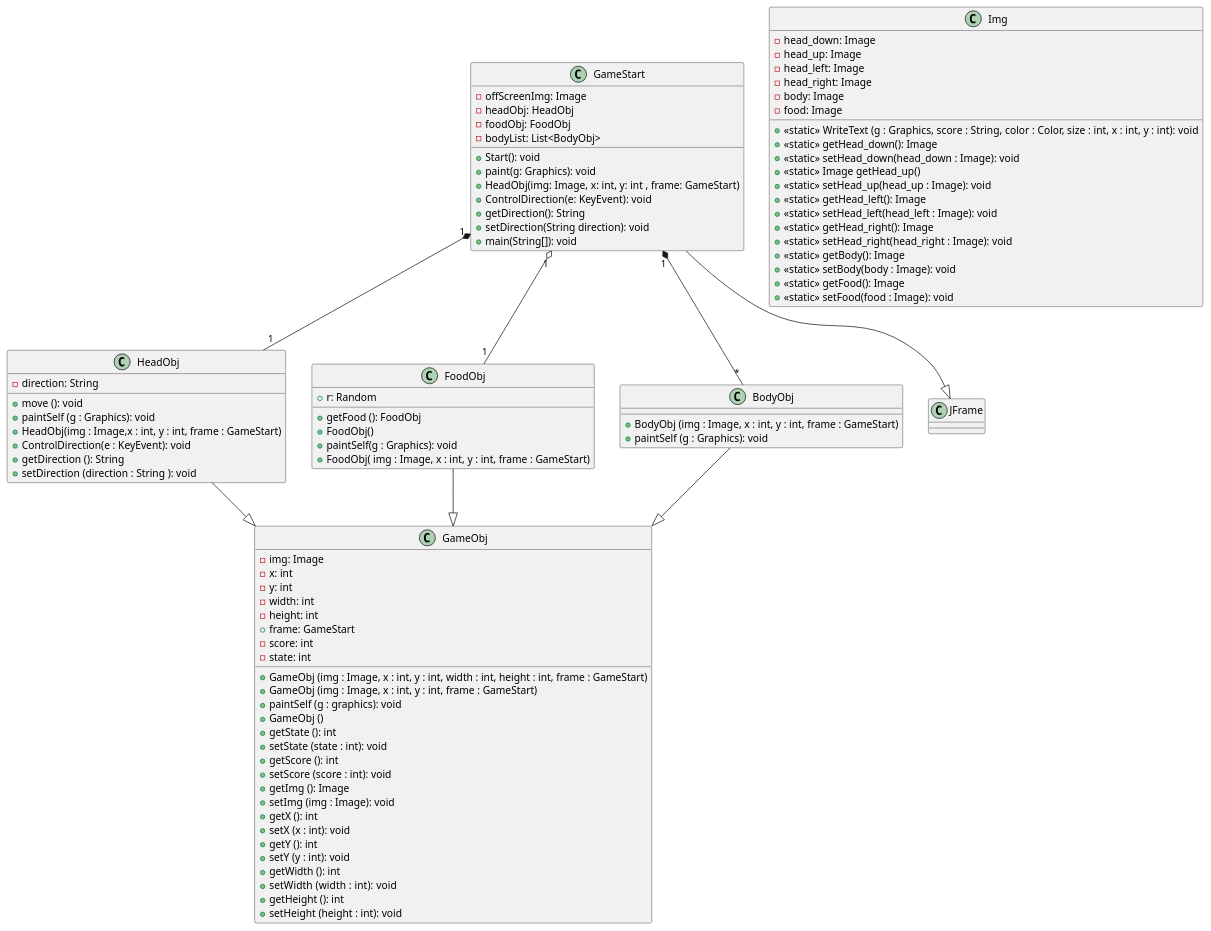
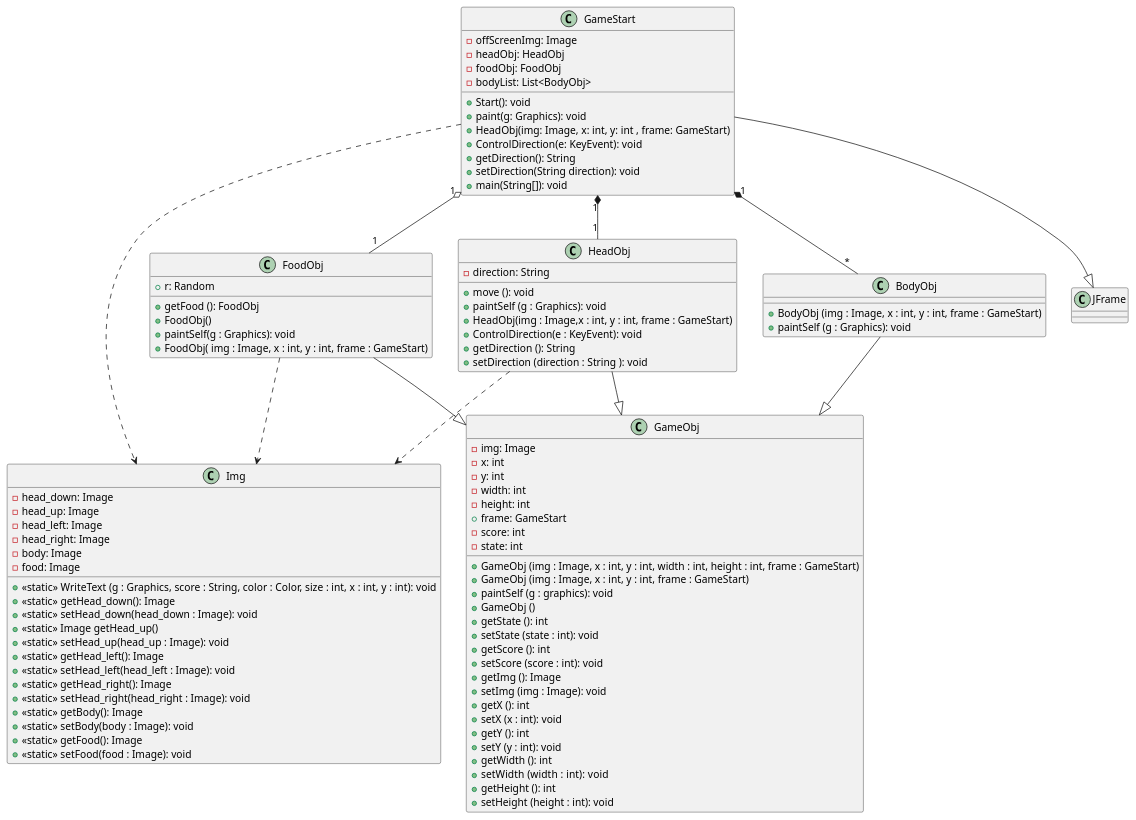
Before and after one commit to ChengDino/LAB23: the diagram in uml.wsd, drawn with PlantUML.

```diff
--- a/uml.wsd
+++ b/uml.wsd
@@ -1,102 +1,107 @@
 @startuml
 
 class GameStart {
     - offScreenImg: Image
     - headObj: HeadObj
     - foodObj: FoodObj
     - bodyList: List<BodyObj>
 
     + Start(): void
     + paint(g: Graphics): void
     + HeadObj(img: Image, x: int, y: int , frame: GameStart)
     + ControlDirection(e: KeyEvent): void
     + getDirection(): String
     + setDirection(String direction): void
     + main(String[]): void
 }
 
 Class HeadObj {
     -direction: String
     +move (): void
     +paintSelf (g : Graphics): void 
     +HeadObj(img : Image,x : int, y : int, frame : GameStart)
     +ControlDirection(e : KeyEvent): void
     +getDirection (): String
     +setDirection (direction : String ): void
 }
 
 Class FoodObj {
     +r: Random
     +getFood (): FoodObj
     +FoodObj()
     +paintSelf(g : Graphics): void
     +FoodObj( img : Image, x : int, y : int, frame : GameStart)
 }
 Class BodyObj {
     +BodyObj (img : Image, x : int, y : int, frame : GameStart)
     +paintSelf (g : Graphics): void
 }
 
 Class Img {
 -head_down: Image
 -head_up: Image
 -head_left: Image
 -head_right: Image
 -body: Image
 -food: Image
 + <<static>> WriteText (g : Graphics, score : String, color : Color, size : int, x : int, y : int): void
 + <<static>> getHead_down(): Image
 + <<static>> setHead_down(head_down : Image): void
 + <<static>> Image getHead_up()
 + <<static>> setHead_up(head_up : Image): void
 + <<static>> getHead_left(): Image
 + <<static>> setHead_left(head_left : Image): void
 + <<static>> getHead_right(): Image
 + <<static>> setHead_right(head_right : Image): void
 + <<static>> getBody(): Image
 + <<static>> setBody(body : Image): void
 + <<static>> getFood(): Image
 + <<static>> setFood(food : Image): void
 }
 
 
-GameStart --|> JFrame
-GameStart "1" *-- "*" BodyObj
-GameStart "1" *-- "1" HeadObj
-GameStart "1" o-- "1" FoodObj
+
 
 Class GameObj {
     - img: Image
     - x: int
     - y: int
     -width: int
     -height: int
     +frame: GameStart
     -score: int
     -state: int 
     +GameObj (img : Image, x : int, y : int, width : int, height : int, frame : GameStart)
     +GameObj (img : Image, x : int, y : int, frame : GameStart)
     +paintSelf (g : graphics): void
     +GameObj ()
     +getState (): int
     +setState (state : int): void
     +getScore (): int
     +setScore (score : int): void
     +getImg (): Image
     +setImg (img : Image): void
     +getX (): int
     +setX (x : int): void
     +getY (): int
     +setY (y : int): void
     +getWidth (): int
     +setWidth (width  : int): void
     +getHeight (): int
     +setHeight (height : int): void
 }
 
+GameStart --|> JFrame
+GameStart "1" *-- "*" BodyObj
+GameStart "1" *-- "1" HeadObj
+GameStart "1" o-- "1" FoodObj
+GameStart ..> Img
+FoodObj ..> Img
+HeadObj ..> Img
+
 FoodObj --|> GameObj
 BodyObj --|> GameObj
 HeadObj --|> GameObj
 
 
 @enduml
```
